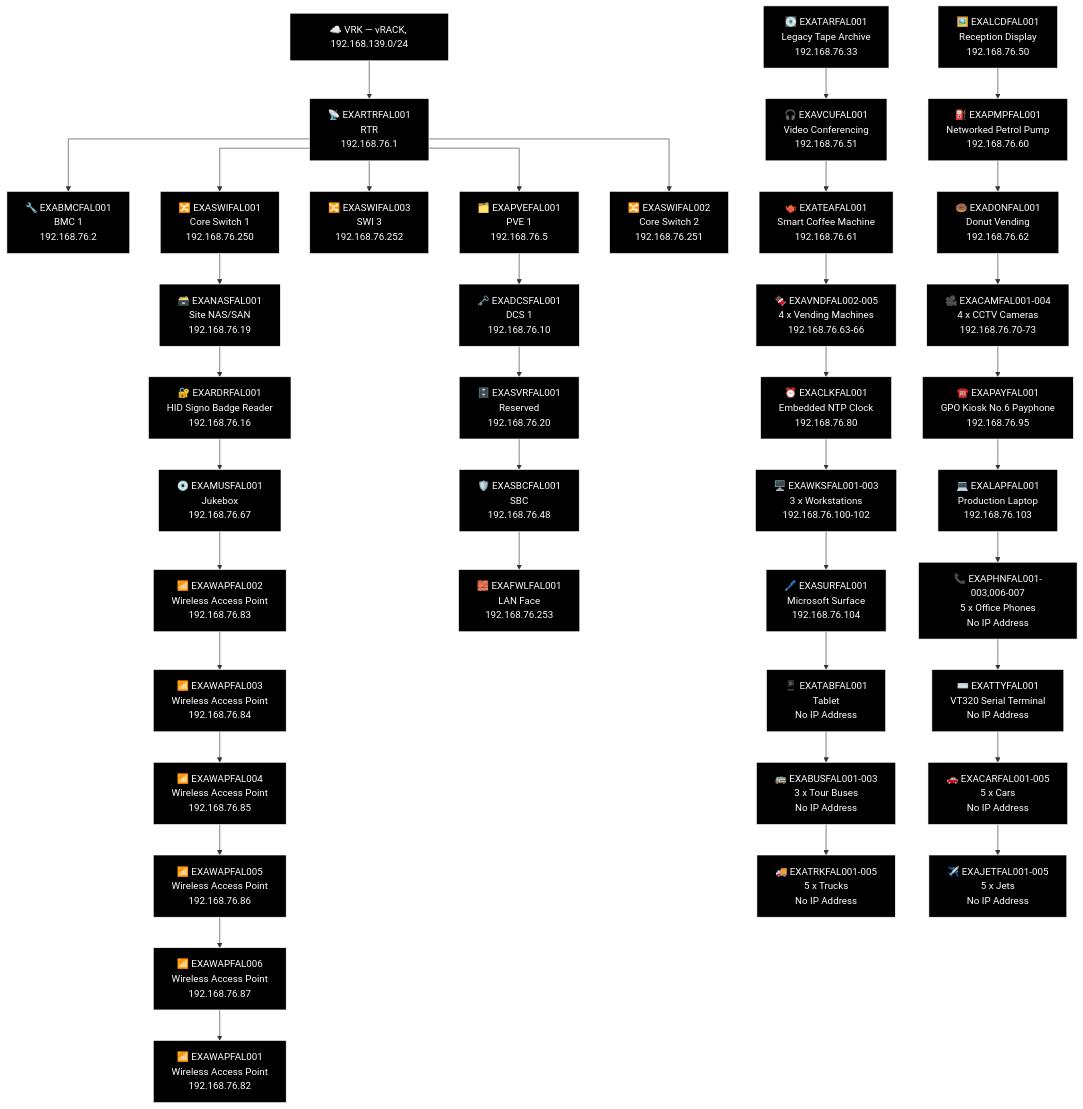
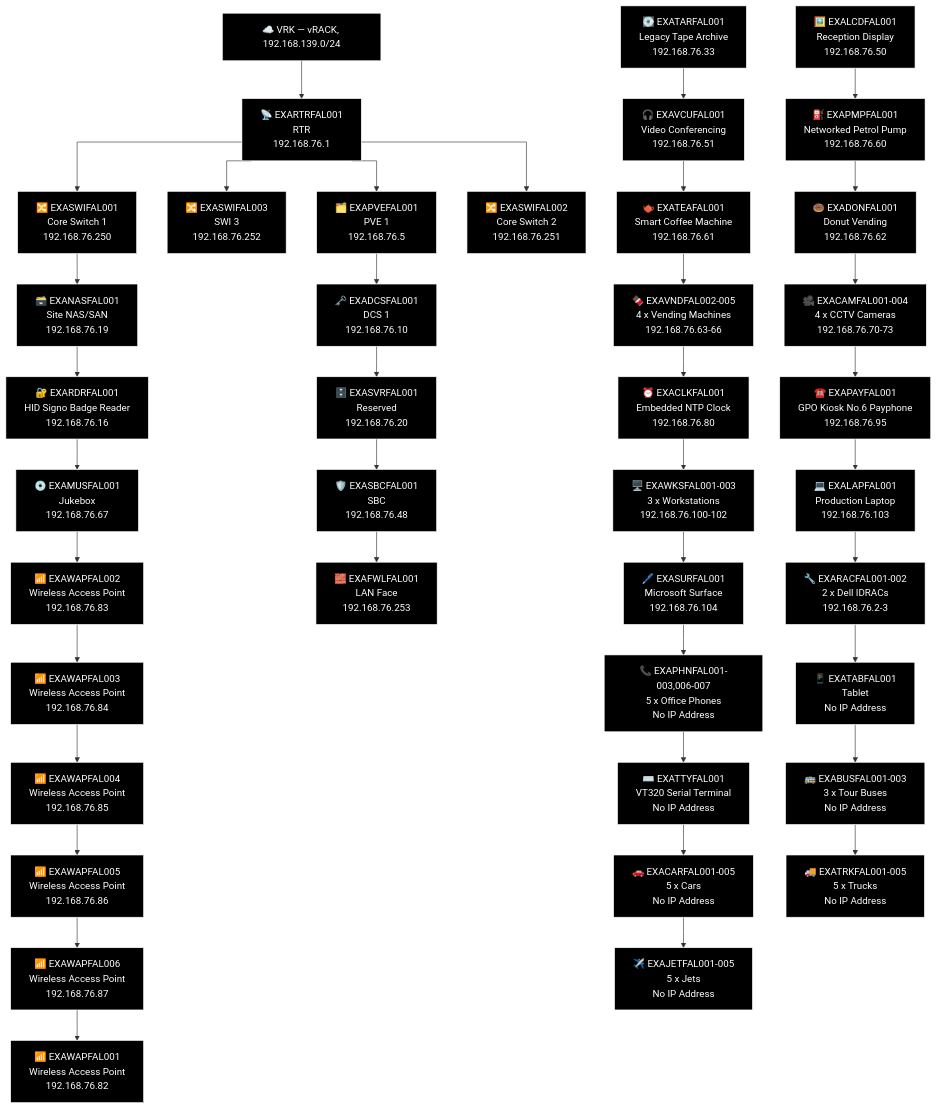
One commit to knightmare2600/example_music_infra changed the third of 21 diagrams in docs/network-diagram/scotland.md. Above: the diagram before and after it, drawn with Mermaid. The commit also changed 7 other files, not shown here.

```diff
--- a/docs/network-diagram/scotland.md
+++ b/docs/network-diagram/scotland.md
@@ -232,8 +232,6 @@
     T_VRK["☁️ VRK — vRACK, 192.168.139.0/24"]
     T_RTR["📡 EXARTRFAL001<br/>RTR<br/>192.168.76.1"]
     T_VRK --> T_RTR
-    T_BMC["🔧 EXABMCFAL001<br/>BMC 1<br/>192.168.76.2"]
-    T_RTR --> T_BMC
     T_PVE["🗂️ EXAPVEFAL001<br/>PVE 1<br/>192.168.76.5"]
     T_RTR --> T_PVE
     T_SWI["🔀 EXASWIFAL003<br/>SWI 3<br/>192.168.76.252"]
@@ -270,6 +268,7 @@
     T_OTH_WKS["🖥️ EXAWKSFAL001-003<br/>3 x Workstations<br/>192.168.76.100-102"]
     T_LAP["💻 EXALAPFAL001<br/>Production Laptop<br/>192.168.76.103"]
     T_SUR["🖊️ EXASURFAL001<br/>Microsoft Surface<br/>192.168.76.104"]
+    T_OTH_RAC["🔧 EXARACFAL001-002<br/>2 x Dell IDRACs<br/>192.168.76.2-3"]
     T_OTH_PHN["📞 EXAPHNFAL001-003,006-007<br/>5 x Office Phones<br/>No IP Address"]
     T_TAB["📱 EXATABFAL001<br/>Tablet<br/>No IP Address"]
     T_TTY["⌨️ EXATTYFAL001<br/>VT320 Serial Terminal<br/>No IP Address"]
@@ -277,11 +276,10 @@
     T_OTH_CAR["🚗 EXACARFAL001-005<br/>5 x Cars<br/>No IP Address"]
     T_OTH_TRK["🚚 EXATRKFAL001-005<br/>5 x Trucks<br/>No IP Address"]
     T_OTH_JET["✈️ EXAJETFAL001-005<br/>5 x Jets<br/>No IP Address"]
-    T_TAR --> T_VCU --> T_TEA --> T_OTH_VND --> T_CLK --> T_OTH_WKS --> T_SUR --> T_TAB --> T_OTH_BUS --> T_OTH_TRK
-    T_LCD --> T_PMP --> T_DON --> T_OTH_CAM --> T_PAY --> T_LAP --> T_OTH_PHN --> T_TTY --> T_OTH_CAR --> T_OTH_JET
+    T_TAR --> T_VCU --> T_TEA --> T_OTH_VND --> T_CLK --> T_OTH_WKS --> T_SUR --> T_OTH_PHN --> T_TTY --> T_OTH_CAR --> T_OTH_JET
+    T_LCD --> T_PMP --> T_DON --> T_OTH_CAM --> T_PAY --> T_LAP --> T_OTH_RAC --> T_TAB --> T_OTH_BUS --> T_OTH_TRK
     style T_VRK fill:#000000,stroke:#FFFFFF,color:#FFFFFF
     style T_RTR fill:#000000,stroke:#FFFFFF,color:#FFFFFF
-    style T_BMC fill:#000000,stroke:#FFFFFF,color:#FFFFFF
     style T_PVE fill:#000000,stroke:#FFFFFF,color:#FFFFFF
     style T_SWI fill:#000000,stroke:#FFFFFF,color:#FFFFFF
     style T_SWI2 fill:#000000,stroke:#FFFFFF,color:#FFFFFF
@@ -312,6 +310,7 @@
     style T_OTH_WKS fill:#000000,stroke:#FFFFFF,color:#FFFFFF
     style T_LAP fill:#000000,stroke:#FFFFFF,color:#FFFFFF
     style T_SUR fill:#000000,stroke:#FFFFFF,color:#FFFFFF
+    style T_OTH_RAC fill:#000000,stroke:#FFFFFF,color:#FFFFFF
     style T_OTH_PHN fill:#000000,stroke:#FFFFFF,color:#FFFFFF
     style T_TAB fill:#000000,stroke:#FFFFFF,color:#FFFFFF
     style T_TTY fill:#000000,stroke:#FFFFFF,color:#FFFFFF
```
